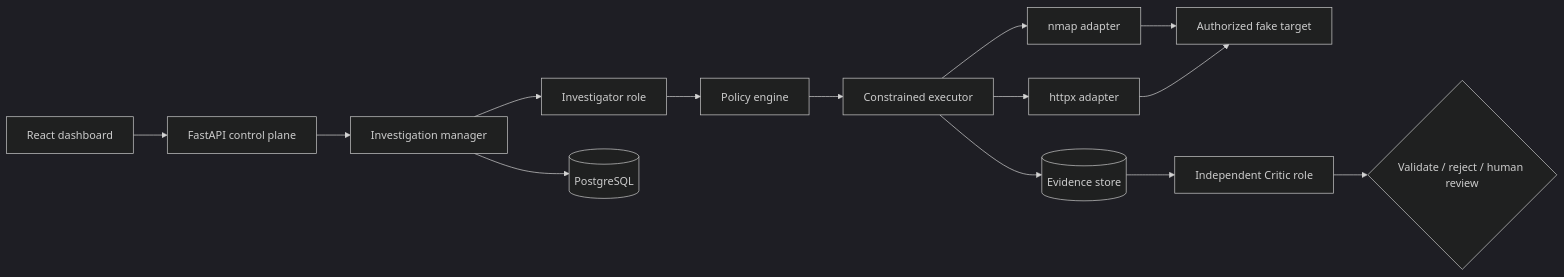
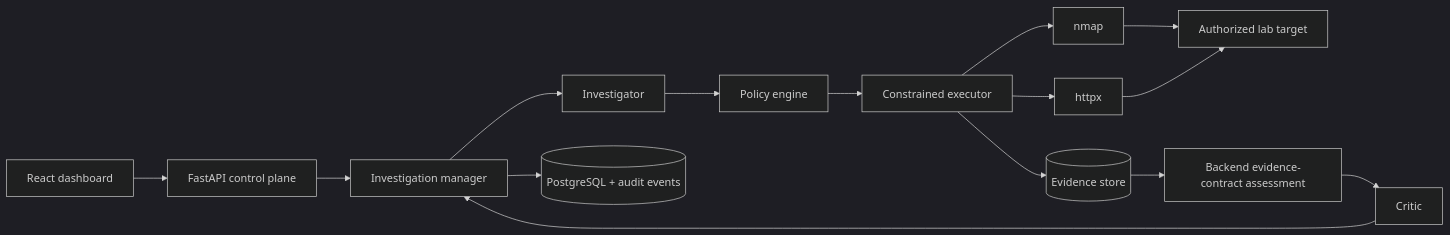
The diagram in README.md (abhinavshiv7/VocalAI_Hackathon), drawn with Mermaid (dark theme) before and after one commit. The commit also changed other lines of this file and 10 other files, not shown here.

````diff
--- a/README.md
+++ b/README.md
@@ -50,16 +121,17 @@
 ```mermaid
 flowchart LR
   UI[React dashboard] --> API[FastAPI control plane]
-  API --> IM[Investigation manager]
-  IM --> INV[Investigator role]
-  INV --> PE[Policy engine]
-  PE --> EX[Constrained executor]
-  EX --> NM[nmap adapter]
-  EX --> HX[httpx adapter]
-  NM --> LAB[Authorized fake target]
-  HX --> LAB
+  API --> MGR[Investigation manager]
+  MGR --> INV[Investigator]
+  INV --> POL[Policy engine]
+  POL --> EX[Constrained executor]
+  EX --> NMAP[nmap]
+  EX --> HTTPX[httpx]
+  NMAP --> LAB[Authorized lab target]
+  HTTPX --> LAB
   EX --> EV[(Evidence store)]
-  EV --> CR[Independent Critic role]
-  CR --> DEC{Validate / reject / human review}
-  IM --> DB[(PostgreSQL)]
+  EV --> CONTRACT[Backend evidence-contract assessment]
+  CONTRACT --> CRITIC[Critic]
+  CRITIC --> MGR
+  MGR --> DB[(PostgreSQL + audit events)]
 ```
````
